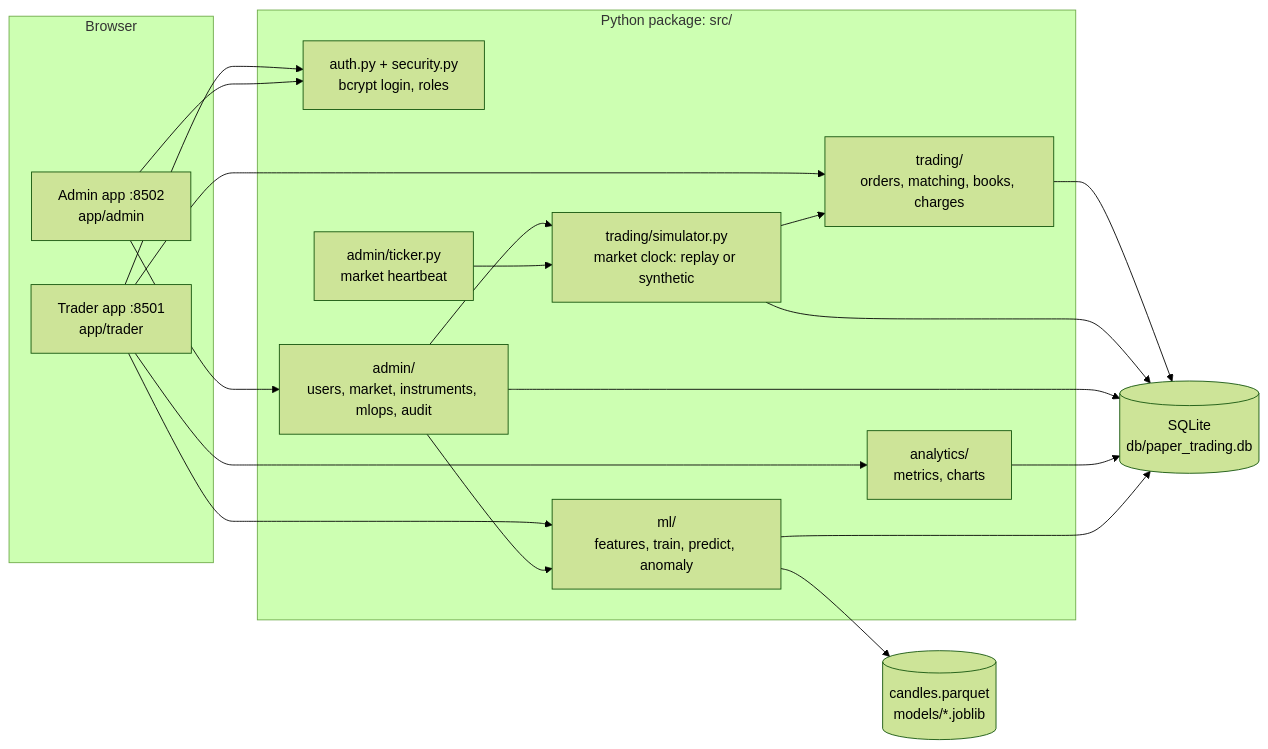
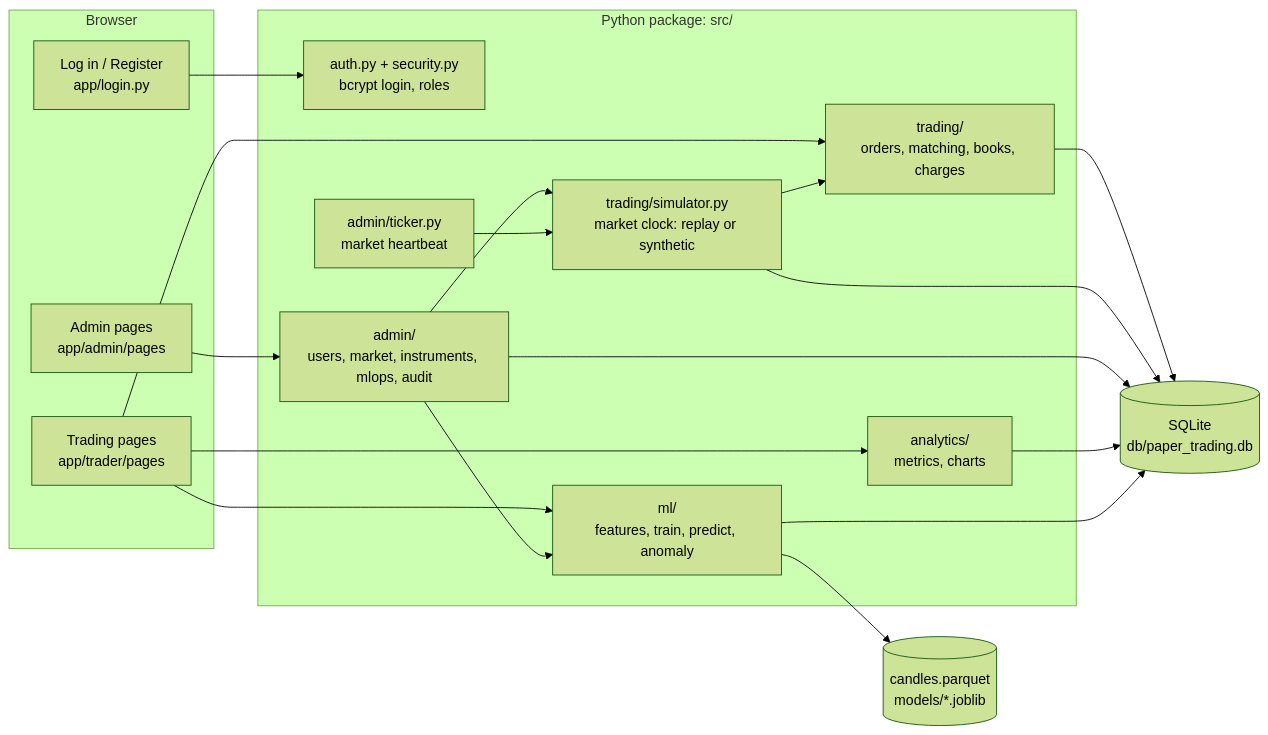
Before and after one commit to sahana913/Trading_App: the first of 3 diagrams in README.md, drawn with Mermaid (forest theme). The commit also changed other lines of this file and 47 other files, not shown here.

Commit message:
Single PaperDesk app: one address, shared login/register, role-based pages

````diff
--- a/README.md
+++ b/README.md
@@ -92,26 +105,28 @@
 ```mermaid
 flowchart LR
     subgraph Browser
-        T["Trader app :8501<br/>app/trader"]
-        A["Admin app :8502<br/>app/admin"]
+        L["Log in / Register<br/>app/login.py"]
+        T["Trading pages<br/>app/trader/pages"]
+        A["Admin pages<br/>app/admin/pages"]
     end
     subgraph Core["Python package: src/"]
         AUTH["auth.py + security.py<br/>bcrypt login, roles"]
         ENG["trading/<br/>orders, matching, books, charges"]
         SIM["trading/simulator.py<br/>market clock: replay or synthetic"]
         TICK["admin/ticker.py<br/>market heartbeat"]
         ADM["admin/<br/>users, market, instruments, mlops, audit"]
         AN["analytics/<br/>metrics, charts"]
         ML["ml/<br/>features, train, predict, anomaly"]
     end
     DB[("SQLite<br/>db/paper_trading.db")]
     FILES[("candles.parquet<br/>models/*.joblib")]
 
-    T --> AUTH & ENG & AN & ML
-    A --> AUTH & ADM
+    L --> AUTH
+    T --> ENG & AN & ML
+    A --> ADM
     ADM --> SIM & ML
     TICK --> SIM
     SIM --> ENG
     ENG & SIM & ADM & AN --> DB
     ML --> DB & FILES
 ```
````
